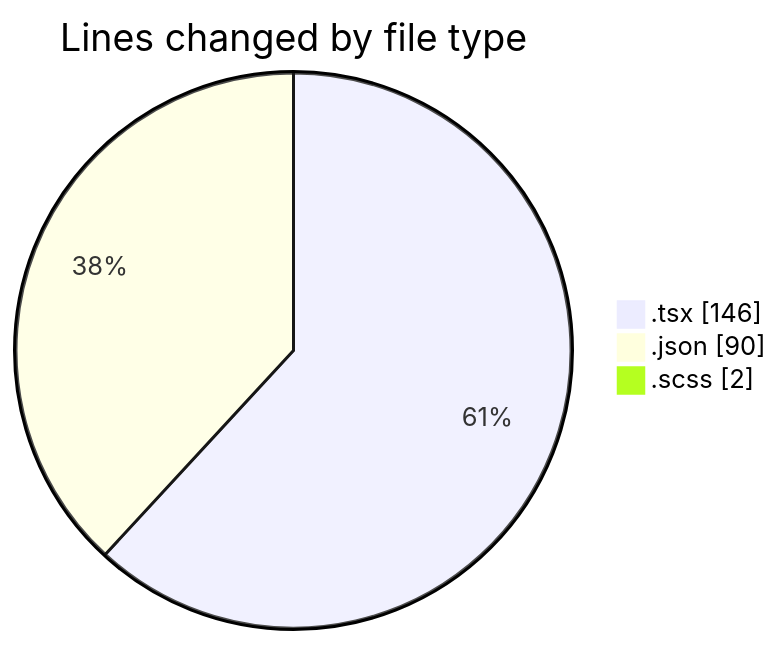
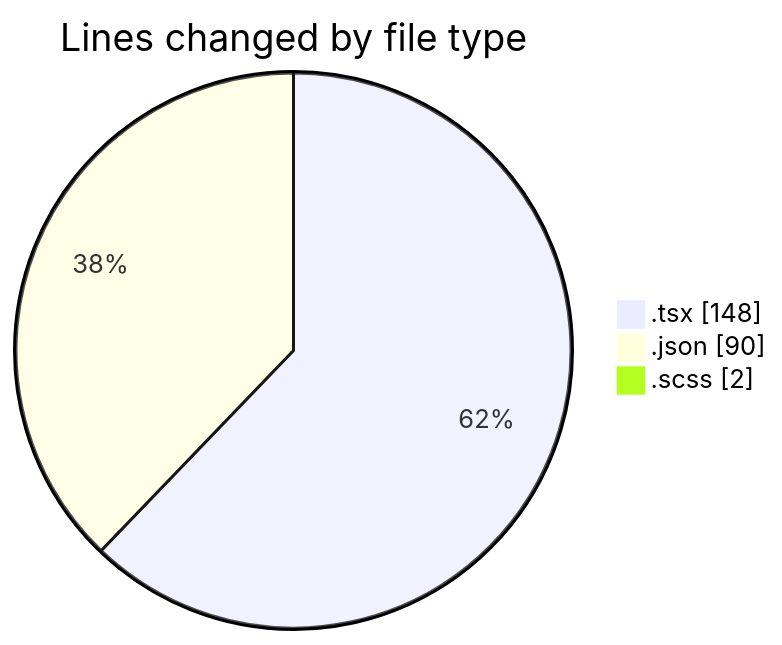
One commit to momahboobian/code-tracking changed the first of 2 diagrams in 2026-05-13/cda/README.md. Above: the diagram before and after it, drawn with Mermaid. The commit also changed other lines of this file and 1 other file, not shown here.

````diff
--- a/2026-05-13/cda/README.md
+++ b/2026-05-13/cda/README.md
@@ -24,7 +24,7 @@
 ```mermaid
 pie showData
 title Lines changed by file type
-".tsx" : 146
+".tsx" : 148
 ".json" : 90
 ".scss" : 2
 ```
````
